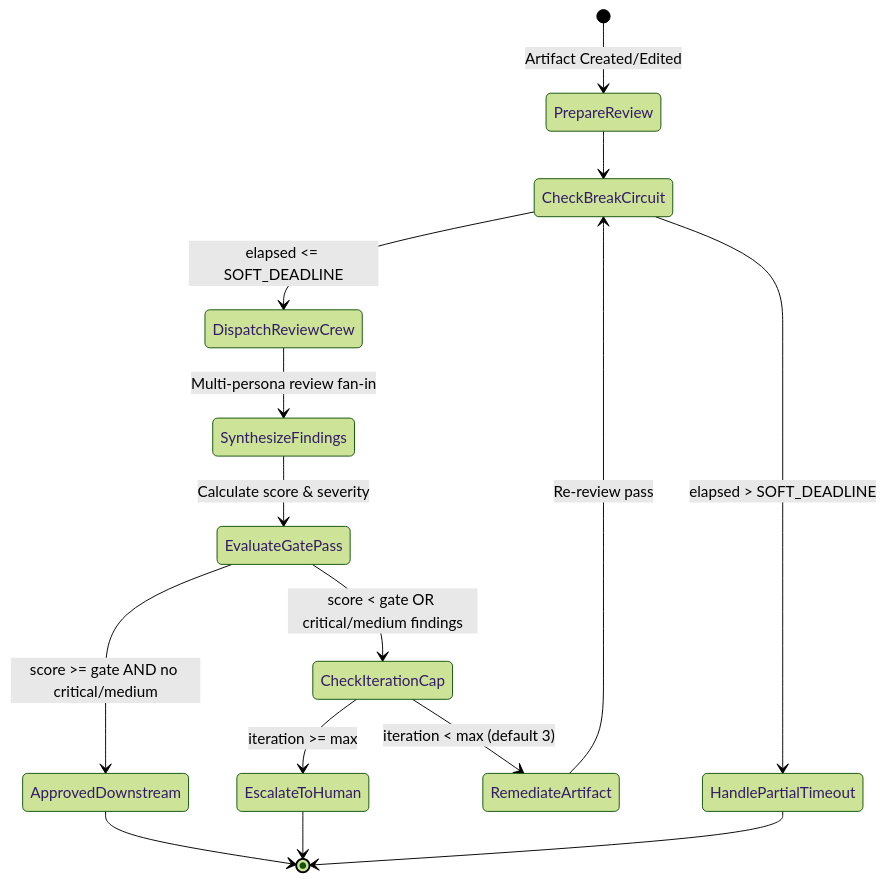
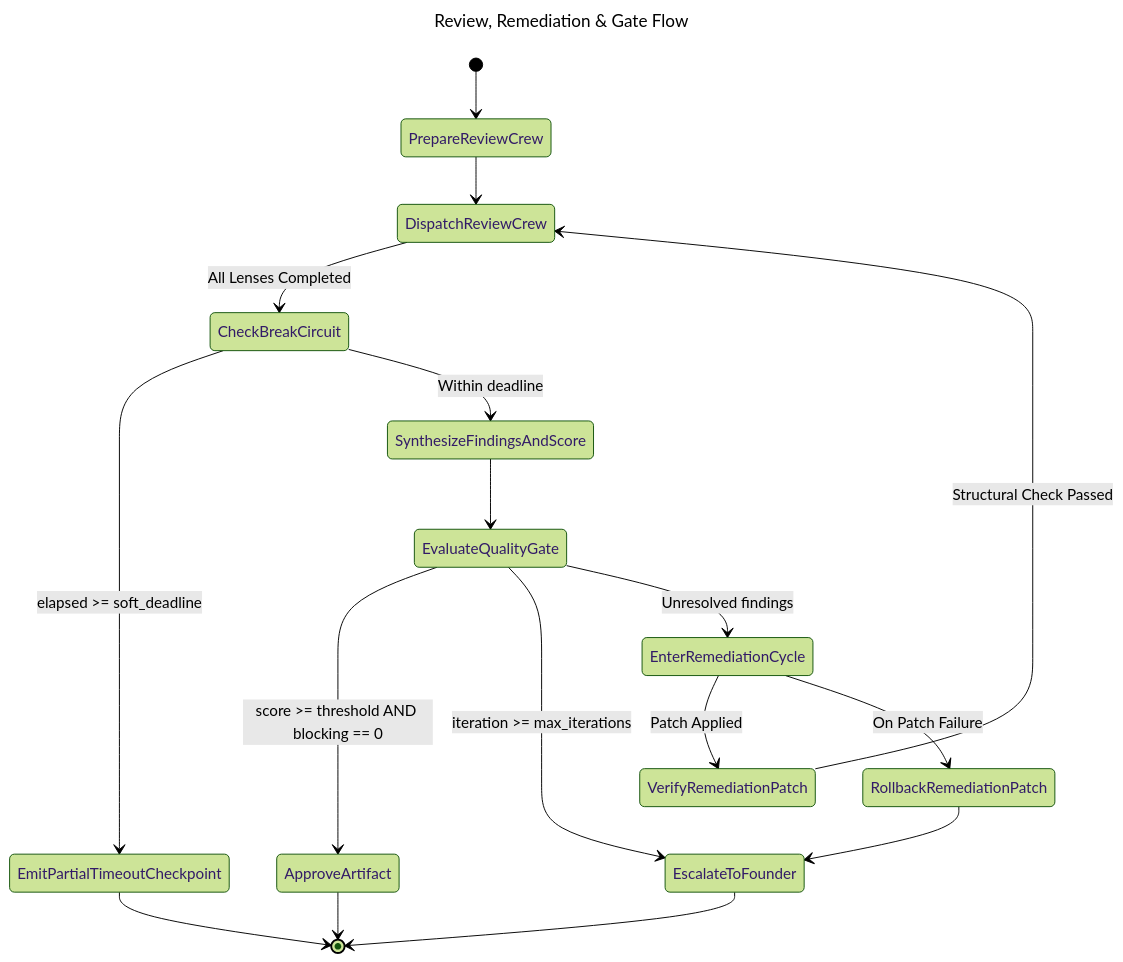
The diagram in framework/governance/REVIEW_REMEDIATION_FLOW.md (vladm3105/aidoc-flow-framework), drawn with Mermaid (forest theme) before and after one commit. The commit also changed other lines of this file and 198 other files, not shown here.

First line of the commit message:
feat(governance): ratify dual-layer traversal-path graph nomenclature (CHG-71, 0.88.1) (#932)

````diff
--- a/framework/governance/REVIEW_REMEDIATION_FLOW.md
+++ b/framework/governance/REVIEW_REMEDIATION_FLOW.md
@@ -122,17 +123,29 @@
 ```mermaid
+---
+title: Review, Remediation & Gate Flow
+---
 stateDiagram-v2
-    [*] --> PrepareReview: Artifact Created/Edited
-    PrepareReview --> CheckBreakCircuit
-    CheckBreakCircuit --> DispatchReviewCrew: elapsed <= SOFT_DEADLINE
-    CheckBreakCircuit --> HandlePartialTimeout: elapsed > SOFT_DEADLINE
-    DispatchReviewCrew --> SynthesizeFindings: Multi-persona review fan-in
-    SynthesizeFindings --> EvaluateGatePass: Calculate score & severity
-    EvaluateGatePass --> ApprovedDownstream: score >= gate AND no critical/medium
-    EvaluateGatePass --> CheckIterationCap: score < gate OR critical/medium findings
-    ApprovedDownstream --> [*]
-    CheckIterationCap --> RemediateArtifact: iteration < max (default 3)
-    CheckIterationCap --> EscalateToHuman: iteration >= max
-    RemediateArtifact --> CheckBreakCircuit: Re-review pass
-    EscalateToHuman --> [*]
-    HandlePartialTimeout --> [*]
+    direction TB
+
+    [*] --> PrepareReviewCrew
+    PrepareReviewCrew --> DispatchReviewCrew
+    DispatchReviewCrew --> CheckBreakCircuit: All Lenses Completed
+    
+    CheckBreakCircuit --> EmitPartialTimeoutCheckpoint: elapsed >= soft_deadline
+    CheckBreakCircuit --> SynthesizeFindingsAndScore: Within deadline
+
+    SynthesizeFindingsAndScore --> EvaluateQualityGate
+    EvaluateQualityGate --> ApproveArtifact: score >= threshold AND blocking == 0
+    EvaluateQualityGate --> EscalateToFounder: iteration >= max_iterations
+    EvaluateQualityGate --> EnterRemediationCycle: Unresolved findings
+
+    EnterRemediationCycle --> VerifyRemediationPatch: Patch Applied
+    EnterRemediationCycle --> RollbackRemediationPatch: On Patch Failure
+    RollbackRemediationPatch --> EscalateToFounder
+
+    VerifyRemediationPatch --> DispatchReviewCrew: Structural Check Passed
+
+    ApproveArtifact --> [*]
+    EscalateToFounder --> [*]
+    EmitPartialTimeoutCheckpoint --> [*]
 ```
````
